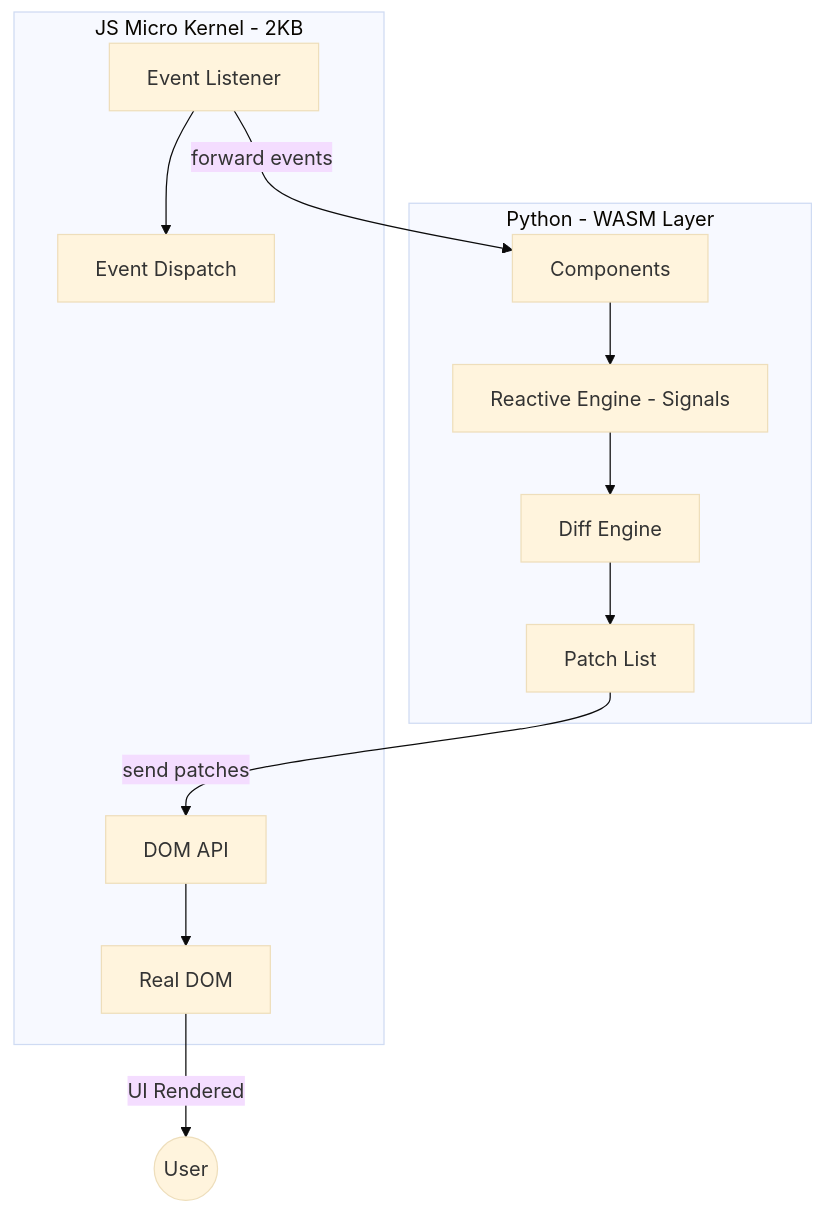
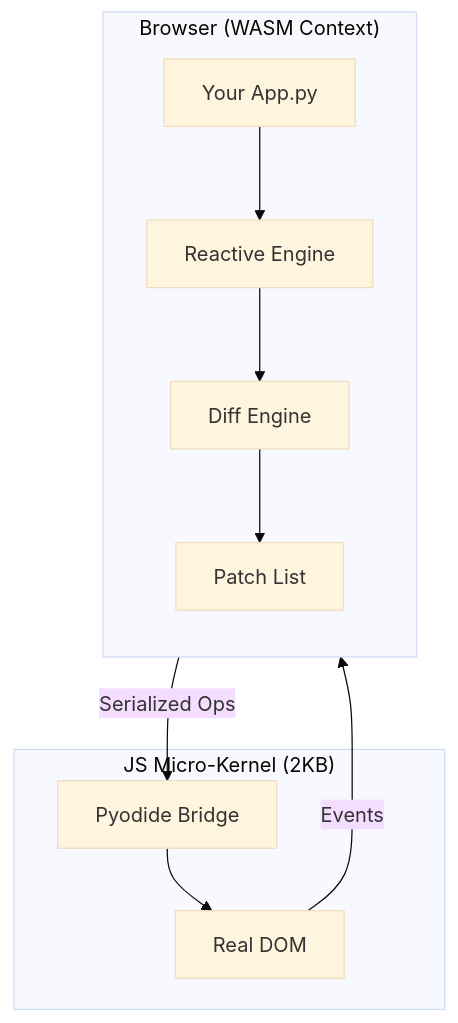
One commit to mrmiguu/creation changed the diagram in README.md. Above: the diagram before and after it, drawn with Mermaid (base theme). The commit also changed other lines of this file, not shown here.

````diff
--- a/README.md
+++ b/README.md
@@ -57,20 +171,19 @@
 ```mermaid
 flowchart TD
-
-    subgraph PY["Python - WASM Layer"]
-        A[Components] --> B[Reactive Engine - Signals]
-        B --> C[Diff Engine]
-        C --> D[Patch List]
+    subgraph Browser ["Browser (WASM Context)"]
+        direction TB
+        App[Your App.py] --> Reactive[Reactive Engine]
+        Reactive --> Diff[Diff Engine]
+        Diff --> Patch[Patch List]
     end
 
-    subgraph JS["JS Micro Kernel - 2KB"]
-        E[DOM API] --> F[Real DOM]
-        G[Event Listener] --> H[Event Dispatch]
+    subgraph Kernel ["JS Micro-Kernel (2KB)"]
+        Bridge[Pyodide Bridge]
+        RealDOM[Real DOM]
     end
 
-    D -- send patches --> E
-    G -- forward events --> A
-
-    F -- UI Rendered --> User((User))
+    Patch -- "Serialized Ops" --> Bridge
+    Bridge --> RealDOM
+    RealDOM -- "Events" --> App
 
 ```
````
